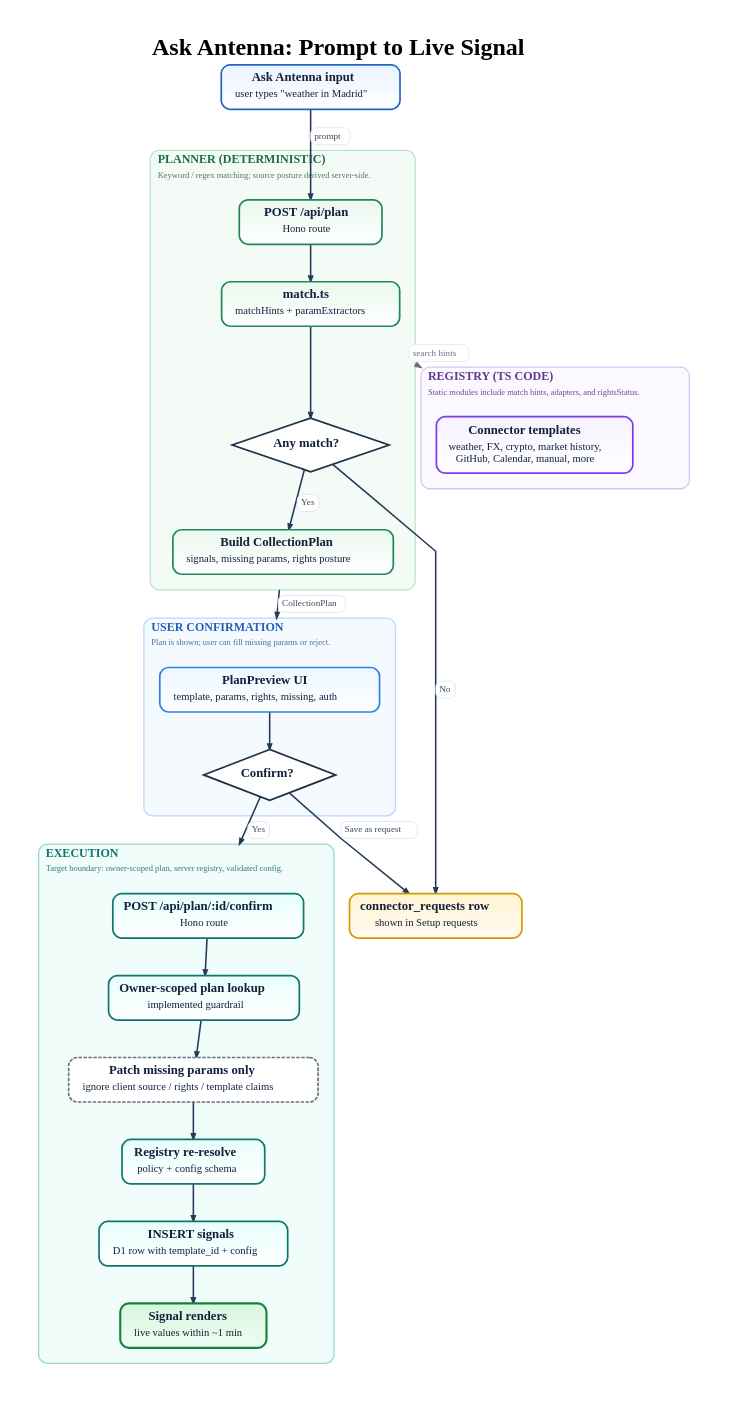
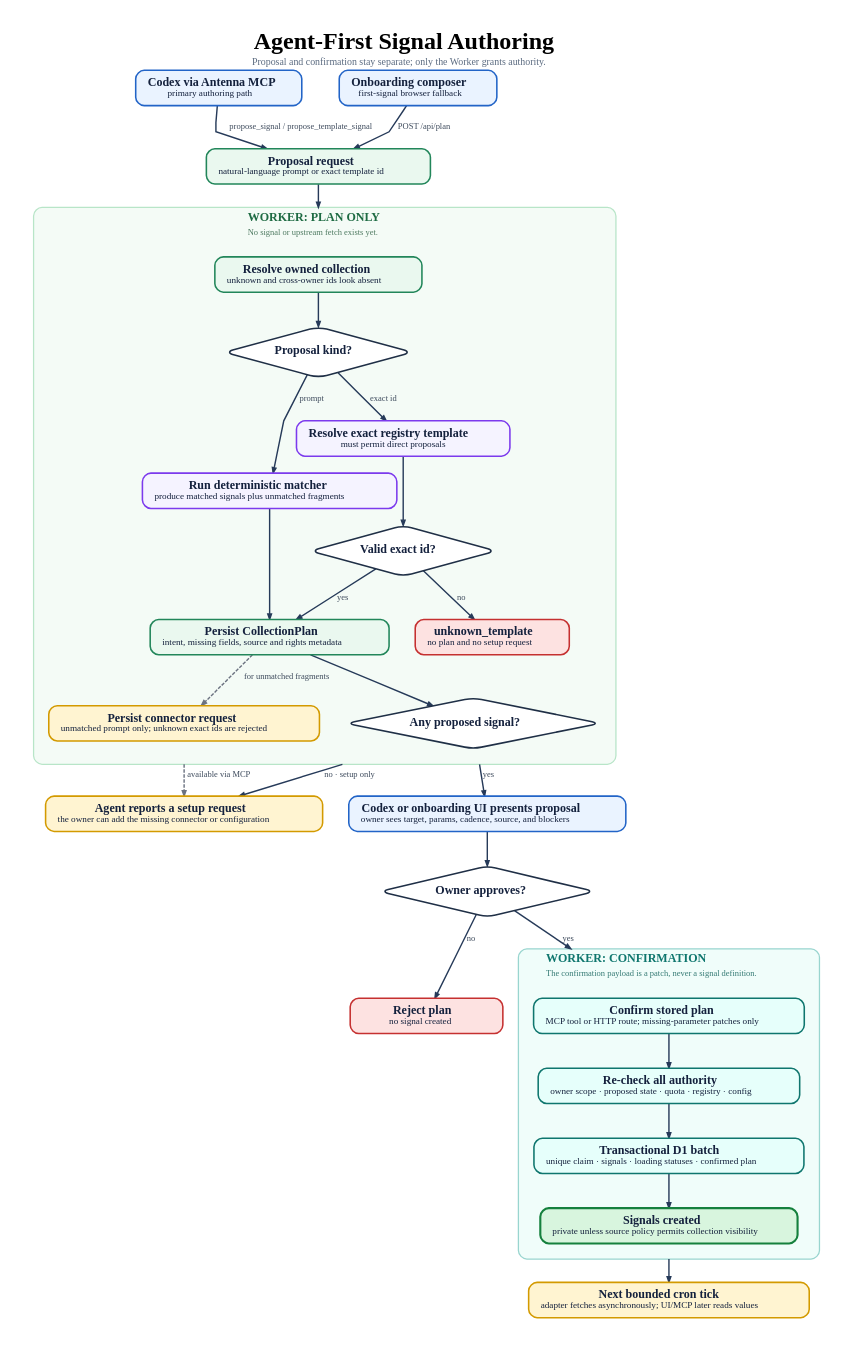
Before and after one commit to tre-systems/antenna-public: the diagram in docs/diagrams/ask-antenna-flow.dot, drawn with Graphviz. The commit also changed 459 other files, not shown here.

First line of the commit message:
Sync public release with current architecture (#13)

```diff
--- a/docs/diagrams/ask-antenna-flow.dot
+++ b/docs/diagrams/ask-antenna-flow.dot
@@ -1,64 +1,60 @@
-digraph AskAntennaFlow {
+digraph SignalAuthoring {
   graph [
     rankdir=TB,
     bgcolor="#ffffff",
-    pad="0.55",
-    nodesep="0.48",
-    ranksep="0.72",
+    pad="0.45",
+    nodesep="0.52",
+    ranksep="0.66",
     splines=polyline,
     outputorder=edgesfirst,
     compound=true,
     newrank=true,
-    forcelabels=true,
     fontname="Avenir",
     label=<
       <TABLE BORDER="0" CELLBORDER="0" CELLSPACING="0" CELLPADDING="0">
-        <TR><TD><FONT POINT-SIZE="34"><B>Ask Antenna: Prompt to Live Signal</B></FONT></TD></TR>
+        <TR><TD><FONT POINT-SIZE="34"><B>Agent-First Signal Authoring</B></FONT></TD></TR>
+        <TR><TD><FONT POINT-SIZE="14" COLOR="#5b6b80">Proposal and confirmation stay separate; only the Worker grants authority.</FONT></TD></TR>
       </TABLE>
     >,
-    labelloc=t,
-    labeljust=c
+    labelloc=t
   ];
 
   node [
     shape=box,
     style="rounded,filled",
-    margin="0.21,0.13",
-    width=2.80,
-    height=0.74,
-    fixedsize=false,
+    margin="0.24,0.14",
+    width=3.0,
     fontname="Avenir",
-    fontsize=18,
-    penwidth=2.4,
+    fontsize=17,
+    penwidth=2.2,
     fontcolor="#14213d",
     color="#2264c7",
-    fillcolor="#eaf3ff:#ffffff",
-    gradientangle=270
+    fillcolor="#eaf3ff"
   ];
 
   edge [
     color="#263a59",
     fontname="Avenir",
-    fontsize=13,
+    fontsize=12,
     fontcolor="#3d4a5c",
-    penwidth=2.2,
-    arrowsize=0.78
+    penwidth=2.0,
+    arrowsize=0.75
   ];
 
-  // ---- User ----
-  U1 [label=<<TABLE BORDER="0" CELLBORDER="0" CELLSPACING="0" CELLPADDING="0"><TR><TD><B>Ask Antenna input</B></TD></TR><TR><TD CELLPADDING="4"><FONT POINT-SIZE="15">user types "weather in Madrid"</FONT></TD></TR></TABLE>>];
+  AGENT [label=<<B>Codex via Antenna MCP</B><BR/><FONT POINT-SIZE="13">primary authoring path</FONT>>];
+  BROWSER [label=<<B>Onboarding composer</B><BR/><FONT POINT-SIZE="13">first-signal browser fallback</FONT>>];
+  { rank=same; AGENT; BROWSER; }
 
-  // ---- Planner ----
-  subgraph cluster_planner {
+  REQUEST [label=<<B>Proposal request</B><BR/><FONT POINT-SIZE="13">natural-language prompt or exact template id</FONT>>, color="#22865a", fillcolor="#eaf8ef"];
+
+  subgraph cluster_plan {
     graph [
       label=<
         <TABLE BORDER="0" CELLBORDER="0" CELLSPACING="0" CELLPADDING="2">
-          <TR><TD ALIGN="LEFT"><FONT POINT-SIZE="17" COLOR="#1e6b43"><B>PLANNER (DETERMINISTIC)</B></FONT></TD></TR>
-          <TR><TD ALIGN="LEFT"><FONT POINT-SIZE="12" COLOR="#4e7a61">Keyword / regex matching; source posture derived server-side.</FONT></TD></TR>
+          <TR><TD ALIGN="LEFT"><FONT POINT-SIZE="17" COLOR="#1e6b43"><B>WORKER: PLAN ONLY</B></FONT></TD></TR>
+          <TR><TD ALIGN="LEFT"><FONT POINT-SIZE="12" COLOR="#4e7a61">No signal or upstream fetch exists yet.</FONT></TD></TR>
         </TABLE>
       >,
-      labelloc=t,
-      labeljust=l,
       color="#b8e5c8",
       fillcolor="#f4fbf6",
       style="rounded,filled",
@@ -66,99 +62,40 @@
       margin=22
     ];
 
-    P1 [label=<<TABLE BORDER="0" CELLBORDER="0" CELLSPACING="0" CELLPADDING="0"><TR><TD><B>POST /api/plan</B></TD></TR><TR><TD CELLPADDING="4"><FONT POINT-SIZE="15">Hono route</FONT></TD></TR></TABLE>>, fillcolor="#eaf8ef:#ffffff", color="#22865a"];
-    P2 [label=<<TABLE BORDER="0" CELLBORDER="0" CELLSPACING="0" CELLPADDING="0"><TR><TD><B>match.ts</B></TD></TR><TR><TD CELLPADDING="4"><FONT POINT-SIZE="15">matchHints + paramExtractors</FONT></TD></TR></TABLE>>, fillcolor="#eaf8ef:#ffffff", color="#22865a"];
-    P3 [label=<<TABLE BORDER="0" CELLBORDER="0" CELLSPACING="0" CELLPADDING="0"><TR><TD><B>Build CollectionPlan</B></TD></TR><TR><TD CELLPADDING="4"><FONT POINT-SIZE="15">signals, missing params, rights posture</FONT></TD></TR></TABLE>>, fillcolor="#eaf8ef:#ffffff", color="#22865a"];
-    P4 [
-      label=<<B>Any match?</B>>,
-      shape=diamond,
-      style=filled,
-      width=2.7,
-      height=1.05,
-      fillcolor="#ffffff",
-      color="#1f2f46",
-      penwidth=2.4
-    ];
+    TARGET [label=<<B>Resolve owned collection</B><BR/><FONT POINT-SIZE="13">unknown and cross-owner ids look absent</FONT>>, color="#22865a", fillcolor="#eaf8ef"];
+    KIND [label=<<B>Proposal kind?</B>>, shape=diamond, width=2.8, height=1.0, color="#1f2f46", fillcolor="#ffffff"];
+    MATCHER [label=<<B>Run deterministic matcher</B><BR/><FONT POINT-SIZE="13">produce matched signals plus unmatched fragments</FONT>>, color="#7c3aed", fillcolor="#f5f3ff"];
+    EXACT [label=<<B>Resolve exact registry template</B><BR/><FONT POINT-SIZE="13">must permit direct proposals</FONT>>, color="#7c3aed", fillcolor="#f5f3ff"];
+    EXACT_OK [label=<<B>Valid exact id?</B>>, shape=diamond, width=2.7, height=1.0, color="#1f2f46", fillcolor="#ffffff"];
+    PLAN [label=<<B>Persist CollectionPlan</B><BR/><FONT POINT-SIZE="13">intent, missing fields, source and rights metadata</FONT>>, color="#22865a", fillcolor="#eaf8ef"];
+    REQUEST_ROW [label=<<B>Persist connector request</B><BR/><FONT POINT-SIZE="13">unmatched prompt only; unknown exact ids are rejected</FONT>>, color="#d39a00", fillcolor="#fff4d1"];
+    UNKNOWN [label=<<B>unknown_template</B><BR/><FONT POINT-SIZE="13">no plan and no setup request</FONT>>, color="#c53030", fillcolor="#fde2e1"];
+    HAS_SIGNAL [label=<<B>Any proposed signal?</B>>, shape=diamond, width=3.0, height=1.0, color="#1f2f46", fillcolor="#ffffff"];
 
-    P1 -> P2 -> P4;
-    P4 -> P3 [label=<<TABLE BORDER="1" CELLBORDER="0" STYLE="ROUNDED" COLOR="#d7dee8" BGCOLOR="#ffffff" CELLSPACING="0" CELLPADDING="4"><TR><TD><FONT POINT-SIZE="13" COLOR="#3d4a5c">Yes</FONT></TD></TR></TABLE>>];
+    TARGET -> KIND;
+    KIND -> MATCHER [label="prompt"];
+    KIND -> EXACT [label="exact id"];
+    EXACT -> EXACT_OK;
+    EXACT_OK -> PLAN [label="yes"];
+    EXACT_OK -> UNKNOWN [label="no"];
+    MATCHER -> PLAN;
+    PLAN -> REQUEST_ROW [label="for unmatched fragments", style=dashed, color="#6b7280"];
+    PLAN -> HAS_SIGNAL;
   }
 
-  // ---- Registry ----
-  subgraph cluster_registry {
-    graph [
-      label=<
-        <TABLE BORDER="0" CELLBORDER="0" CELLSPACING="0" CELLPADDING="2">
-          <TR><TD ALIGN="LEFT"><FONT POINT-SIZE="17" COLOR="#5f3b8a"><B>REGISTRY (TS CODE)</B></FONT></TD></TR>
-          <TR><TD ALIGN="LEFT"><FONT POINT-SIZE="12" COLOR="#6d4d8d">Static modules include match hints, adapters, and rightsStatus.</FONT></TD></TR>
-        </TABLE>
-      >,
-      labelloc=t,
-      labeljust=l,
-      color="#d6c6ee",
-      fillcolor="#fbf8ff",
-      style="rounded,filled",
-      penwidth=1.8,
-      margin=22
-    ];
+  REVIEW [label=<<B>Codex or onboarding UI presents proposal</B><BR/><FONT POINT-SIZE="13">owner sees target, params, cadence, source, and blockers</FONT>>];
+  SETUP [label=<<B>Agent reports a setup request</B><BR/><FONT POINT-SIZE="13">the owner can add the missing connector or configuration</FONT>>, color="#d39a00", fillcolor="#fff4d1"];
+  APPROVE [label=<<B>Owner approves?</B>>, shape=diamond, width=2.6, height=1.0, color="#1f2f46", fillcolor="#ffffff"];
+  REJECT [label=<<B>Reject plan</B><BR/><FONT POINT-SIZE="13">no signal created</FONT>>, color="#c53030", fillcolor="#fde2e1"];
 
-    REG [
-      label=<
-        <TABLE BORDER="0" CELLBORDER="0" CELLSPACING="0" CELLPADDING="2">
-          <TR><TD><B>Connector templates</B></TD></TR>
-          <TR><TD><FONT POINT-SIZE="15">weather, FX, crypto, market history,<BR/>GitHub, Calendar, manual, more</FONT></TD></TR>
-        </TABLE>
-      >,
-      fillcolor="#f5f3ff:#ffffff",
-      color="#7c3aed",
-      width=3.7
-    ];
-  }
-
-  // ---- Confirmation ----
   subgraph cluster_confirm {
     graph [
       label=<
         <TABLE BORDER="0" CELLBORDER="0" CELLSPACING="0" CELLPADDING="2">
-          <TR><TD ALIGN="LEFT"><FONT POINT-SIZE="17" COLOR="#1f5fbf"><B>USER CONFIRMATION</B></FONT></TD></TR>
-          <TR><TD ALIGN="LEFT"><FONT POINT-SIZE="12" COLOR="#496f9f">Plan is shown; user can fill missing params or reject.</FONT></TD></TR>
+          <TR><TD ALIGN="LEFT"><FONT POINT-SIZE="17" COLOR="#0f766e"><B>WORKER: CONFIRMATION</B></FONT></TD></TR>
+          <TR><TD ALIGN="LEFT"><FONT POINT-SIZE="12" COLOR="#357a74">The confirmation payload is a patch, never a signal definition.</FONT></TD></TR>
         </TABLE>
       >,
-      labelloc=t,
-      labeljust=l,
-      color="#b9d8ff",
-      fillcolor="#f5faff",
-      style="rounded,filled",
-      penwidth=1.8,
-      margin=22
-    ];
-
-    C1 [label=<<TABLE BORDER="0" CELLBORDER="0" CELLSPACING="0" CELLPADDING="0"><TR><TD><B>PlanPreview UI</B></TD></TR><TR><TD CELLPADDING="4"><FONT POINT-SIZE="15">template, params, rights, missing, auth</FONT></TD></TR></TABLE>>, fillcolor="#edf7ff:#ffffff", color="#2f80ed"];
-    C2 [
-      label=<<B>Confirm?</B>>,
-      shape=diamond,
-      style=filled,
-      width=2.4,
-      height=1.0,
-      fillcolor="#ffffff",
-      color="#1f2f46",
-      penwidth=2.4
-    ];
-
-    C1 -> C2;
-  }
-
-  // ---- Execution ----
-  subgraph cluster_exec {
-    graph [
-      label=<
-        <TABLE BORDER="0" CELLBORDER="0" CELLSPACING="0" CELLPADDING="2">
-          <TR><TD ALIGN="LEFT"><FONT POINT-SIZE="17" COLOR="#0f766e"><B>EXECUTION</B></FONT></TD></TR>
-          <TR><TD ALIGN="LEFT"><FONT POINT-SIZE="12" COLOR="#357a74">Target boundary: owner-scoped plan, server registry, validated config.</FONT></TD></TR>
-        </TABLE>
-      >,
-      labelloc=t,
-      labeljust=l,
       color="#99d5cf",
       fillcolor="#f0fdfa",
       style="rounded,filled",
@@ -166,33 +103,27 @@
       margin=22
     ];
 
-    X1 [label=<<TABLE BORDER="0" CELLBORDER="0" CELLSPACING="0" CELLPADDING="0"><TR><TD><B>POST /api/plan/:id/confirm</B></TD></TR><TR><TD CELLPADDING="4"><FONT POINT-SIZE="15">Hono route</FONT></TD></TR></TABLE>>, fillcolor="#e6fffb:#ffffff", color="#0f766e"];
-    X0 [label=<<TABLE BORDER="0" CELLBORDER="0" CELLSPACING="0" CELLPADDING="0"><TR><TD><B>Owner-scoped plan lookup</B></TD></TR><TR><TD CELLPADDING="4"><FONT POINT-SIZE="15">implemented guardrail</FONT></TD></TR></TABLE>>, fillcolor="#e6fffb:#ffffff", color="#0f766e"];
-    X2 [label=<<TABLE BORDER="0" CELLBORDER="0" CELLSPACING="0" CELLPADDING="0"><TR><TD><B>Patch missing params only</B></TD></TR><TR><TD CELLPADDING="4"><FONT POINT-SIZE="15">ignore client source / rights / template claims</FONT></TD></TR></TABLE>>, fillcolor="#ffffff", color="#6b7280", style="rounded,filled,dashed"];
-    X5 [label=<<TABLE BORDER="0" CELLBORDER="0" CELLSPACING="0" CELLPADDING="0"><TR><TD><B>Registry re-resolve</B></TD></TR><TR><TD CELLPADDING="4"><FONT POINT-SIZE="15">policy + config schema</FONT></TD></TR></TABLE>>, fillcolor="#e6fffb:#ffffff", color="#0f766e"];
-    X3 [label=<<TABLE BORDER="0" CELLBORDER="0" CELLSPACING="0" CELLPADDING="0"><TR><TD><B>INSERT signals</B></TD></TR><TR><TD CELLPADDING="4"><FONT POINT-SIZE="15">D1 row with template_id + config</FONT></TD></TR></TABLE>>, fillcolor="#e6fffb:#ffffff", color="#0f766e"];
-    X4 [
-      label=<<TABLE BORDER="0" CELLBORDER="0" CELLSPACING="0" CELLPADDING="0"><TR><TD><B>Signal renders</B></TD></TR><TR><TD CELLPADDING="4"><FONT POINT-SIZE="15">live values within ~1 min</FONT></TD></TR></TABLE>>,
-      fillcolor="#d8f5de:#effcf2",
-      color="#15803d",
-      penwidth=3.0
-    ];
+    CONFIRM [label=<<B>Confirm stored plan</B><BR/><FONT POINT-SIZE="13">MCP tool or HTTP route; missing-parameter patches only</FONT>>, color="#0f766e", fillcolor="#e6fffb"];
+    GUARDS [label=<<B>Re-check all authority</B><BR/><FONT POINT-SIZE="13">owner scope · proposed state · quota · registry · config</FONT>>, color="#0f766e", fillcolor="#e6fffb"];
+    WRITE [label=<<B>Transactional D1 batch</B><BR/><FONT POINT-SIZE="13">unique claim · signals · loading statuses · confirmed plan</FONT>>, color="#0f766e", fillcolor="#e6fffb"];
+    CREATED [label=<<B>Signals created</B><BR/><FONT POINT-SIZE="13">private unless source policy permits collection visibility</FONT>>, color="#15803d", fillcolor="#d8f5de", penwidth=3.0];
 
-    X1 -> X0 -> X2 -> X5 -> X3 -> X4;
+    CONFIRM -> GUARDS -> WRITE -> CREATED;
   }
 
-  // ---- Fallback ----
-  CR1 [
-    label=<<TABLE BORDER="0" CELLBORDER="0" CELLSPACING="0" CELLPADDING="0"><TR><TD><B>connector_requests row</B></TD></TR><TR><TD CELLPADDING="4"><FONT POINT-SIZE="15">shown in Setup requests</FONT></TD></TR></TABLE>>,
-    fillcolor="#fff4d1:#fffaf0",
-    color="#d39a00"
-  ];
+  CRON [label=<<B>Next bounded cron tick</B><BR/><FONT POINT-SIZE="13">adapter fetches asynchronously; UI/MCP later reads values</FONT>>, color="#d39a00", fillcolor="#fff4d1"];
 
-  // ---- Edges ----
-  U1 -> P1 [label=<<TABLE BORDER="1" CELLBORDER="0" STYLE="ROUNDED" COLOR="#d7dee8" BGCOLOR="#ffffff" CELLSPACING="0" CELLPADDING="4"><TR><TD><FONT POINT-SIZE="13" COLOR="#3d4a5c">prompt</FONT></TD></TR></TABLE>>];
-  P2 -> REG [ltail=cluster_planner, lhead=cluster_registry, label=<<TABLE BORDER="1" CELLBORDER="0" STYLE="ROUNDED" COLOR="#dfe3e9" BGCOLOR="#ffffff" CELLSPACING="0" CELLPADDING="4"><TR><TD><FONT POINT-SIZE="13" COLOR="#6b7280">search hints</FONT></TD></TR></TABLE>>, style=dashed, color="#6b7280", fontcolor="#6b7280"];
-  P4 -> CR1 [label=<<TABLE BORDER="1" CELLBORDER="0" STYLE="ROUNDED" COLOR="#d7dee8" BGCOLOR="#ffffff" CELLSPACING="0" CELLPADDING="4"><TR><TD><FONT POINT-SIZE="13" COLOR="#3d4a5c">No</FONT></TD></TR></TABLE>>];
-  P3 -> C1 [ltail=cluster_planner, lhead=cluster_confirm, label=<<TABLE BORDER="1" CELLBORDER="0" STYLE="ROUNDED" COLOR="#d7dee8" BGCOLOR="#ffffff" CELLSPACING="0" CELLPADDING="4"><TR><TD><FONT POINT-SIZE="13" COLOR="#3d4a5c">CollectionPlan</FONT></TD></TR></TABLE>>];
-  C2 -> X1 [label=<<TABLE BORDER="1" CELLBORDER="0" STYLE="ROUNDED" COLOR="#d7dee8" BGCOLOR="#ffffff" CELLSPACING="0" CELLPADDING="4"><TR><TD><FONT POINT-SIZE="13" COLOR="#3d4a5c">Yes</FONT></TD></TR></TABLE>>, lhead=cluster_exec];
-  C2 -> CR1 [label=<<TABLE BORDER="1" CELLBORDER="0" STYLE="ROUNDED" COLOR="#d7dee8" BGCOLOR="#ffffff" CELLSPACING="0" CELLPADDING="4"><TR><TD><FONT POINT-SIZE="13" COLOR="#3d4a5c">Save as request</FONT></TD></TR></TABLE>>];
+  AGENT -> REQUEST [label="propose_signal / propose_template_signal"];
+  BROWSER -> REQUEST [label="POST /api/plan"];
+  REQUEST -> TARGET [lhead=cluster_plan];
+  HAS_SIGNAL -> REVIEW [label="yes", ltail=cluster_plan];
+  HAS_SIGNAL -> SETUP [label="no · setup only", ltail=cluster_plan];
+  REQUEST_ROW -> SETUP [label="available via MCP", ltail=cluster_plan, style=dashed, color="#6b7280"];
+  REVIEW -> APPROVE;
+  APPROVE -> CONFIRM [label="yes", lhead=cluster_confirm];
+  APPROVE -> REJECT [label="no"];
+  CREATED -> CRON [ltail=cluster_confirm];
+
+  { rank=same; REVIEW; SETUP; }
+  { rank=same; REJECT; CONFIRM; }
 }
```
